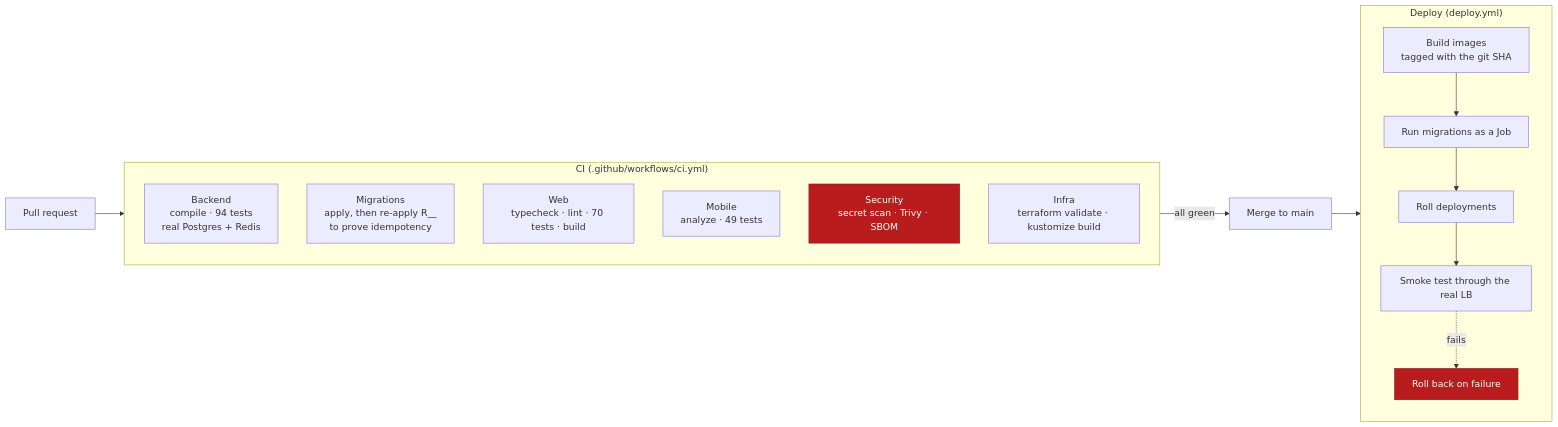
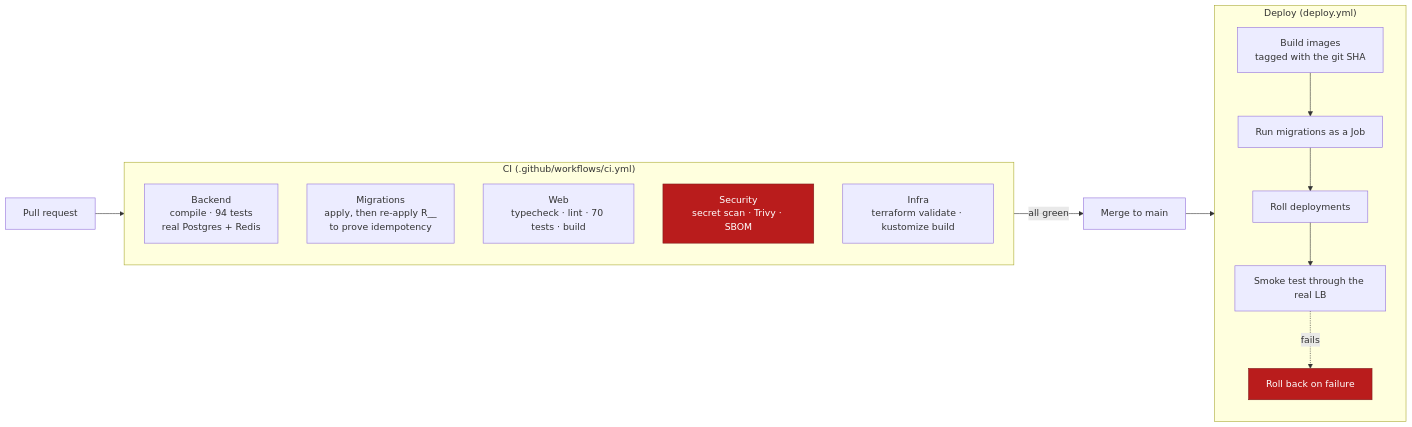
Before and after one commit to ahmedselimmansor-ctrl/Eshop-E-Comerce-NEXT.JS-Spring-Boot: diagram 18 of 18 in README.md, drawn with Mermaid. The commit also changed other lines of this file and 55 other files, not shown here.

````diff
--- a/README.md
+++ b/README.md
@@ -887,32 +881,31 @@
 ```mermaid
 flowchart LR
     PR["Pull request"] --> CI
 
     subgraph CI ["CI (.github/workflows/ci.yml)"]
         direction TB
         BE["Backend<br/>compile · 94 tests<br/>real Postgres + Redis"]
         MIG["Migrations<br/>apply, then re-apply R__<br/>to prove idempotency"]
         WEB["Web<br/>typecheck · lint · 70 tests · build"]
-        MOB["Mobile<br/>analyze · 49 tests"]
         SEC["Security<br/>secret scan · Trivy · SBOM"]
         INF["Infra<br/>terraform validate · kustomize build"]
     end
 
     CI -->|"all green"| MERGE["Merge to main"]
     MERGE --> DEPLOY
 
     subgraph DEPLOY ["Deploy (deploy.yml)"]
         direction TB
         IMG["Build images<br/>tagged with the git SHA"]
         DBJ["Run migrations as a Job"]
         ROLL["Roll deployments"]
         SMOKE["Smoke test through the real LB"]
         RB["Roll back on failure"]
     end
 
     IMG --> DBJ --> ROLL --> SMOKE
     SMOKE -.->|"fails"| RB
 
     style SEC fill:#b91c1c,stroke:#7f1d1d,color:#ffffff
     style RB fill:#b91c1c,stroke:#7f1d1d,color:#ffffff
 ```
````
